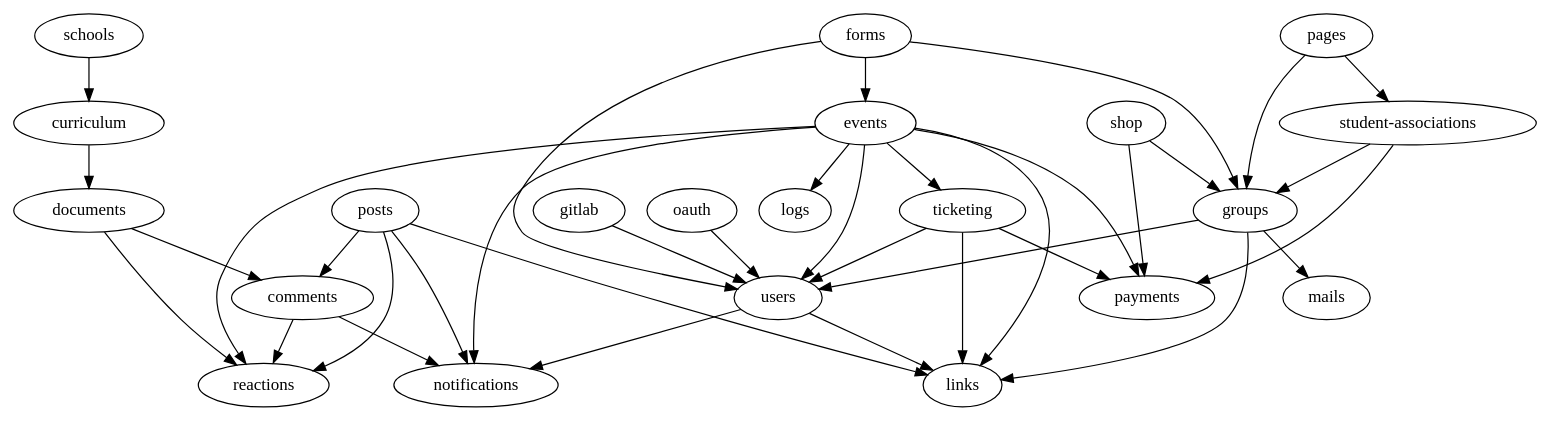
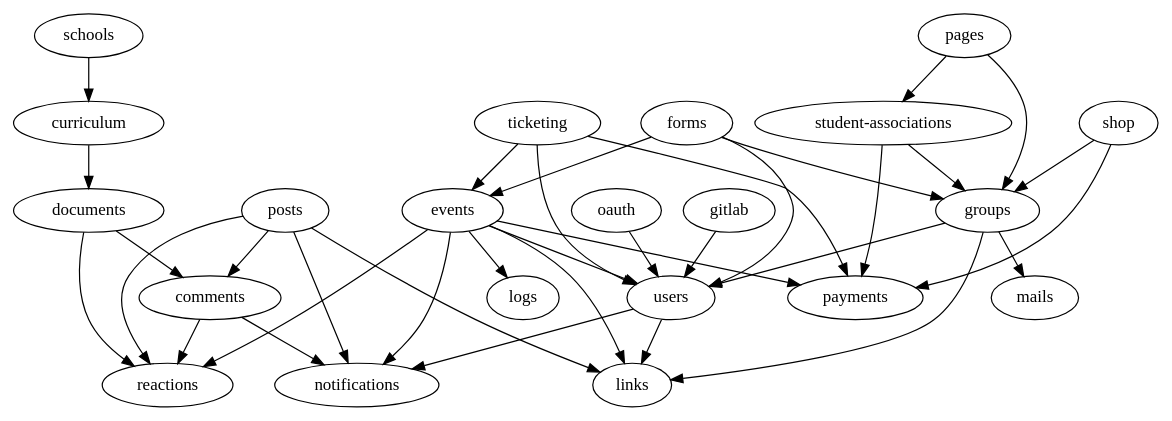
Before and after one commit to inp-net/churros: the diagram in packages/api/scripts/modules-import-graph.dot, drawn with Graphviz. The commit also changed 31 other files, not shown here.

Commit message:
wip: reorganize dependencies between events and ticketing, continue refactoring schema

```diff
--- a/packages/api/scripts/modules-import-graph.dot
+++ b/packages/api/scripts/modules-import-graph.dot
@@ -1,38 +1,37 @@
 strict digraph ImportGraph {
     "comments" -> "notifications";
     "comments" -> "reactions";
     "curriculum" -> "documents";
     "documents" -> "comments";
     "documents" -> "reactions";
     "events" -> "links";
     "events" -> "logs";
     "events" -> "notifications";
     "events" -> "payments";
     "events" -> "reactions";
-    "events" -> "ticketing";
     "events" -> "users";
     "forms" -> "events";
     "forms" -> "groups";
     "forms" -> "users";
     "gitlab" -> "users";
     "groups" -> "links";
     "groups" -> "mails";
     "groups" -> "users";
     "oauth" -> "users";
     "pages" -> "groups";
     "pages" -> "student-associations";
     "posts" -> "comments";
     "posts" -> "links";
     "posts" -> "notifications";
     "posts" -> "reactions";
     "schools" -> "curriculum";
     "shop" -> "groups";
     "shop" -> "payments";
     "student-associations" -> "groups";
     "student-associations" -> "payments";
-    "ticketing" -> "links";
+    "ticketing" -> "events";
     "ticketing" -> "payments";
     "ticketing" -> "users";
     "users" -> "links";
     "users" -> "notifications";
 }
```
